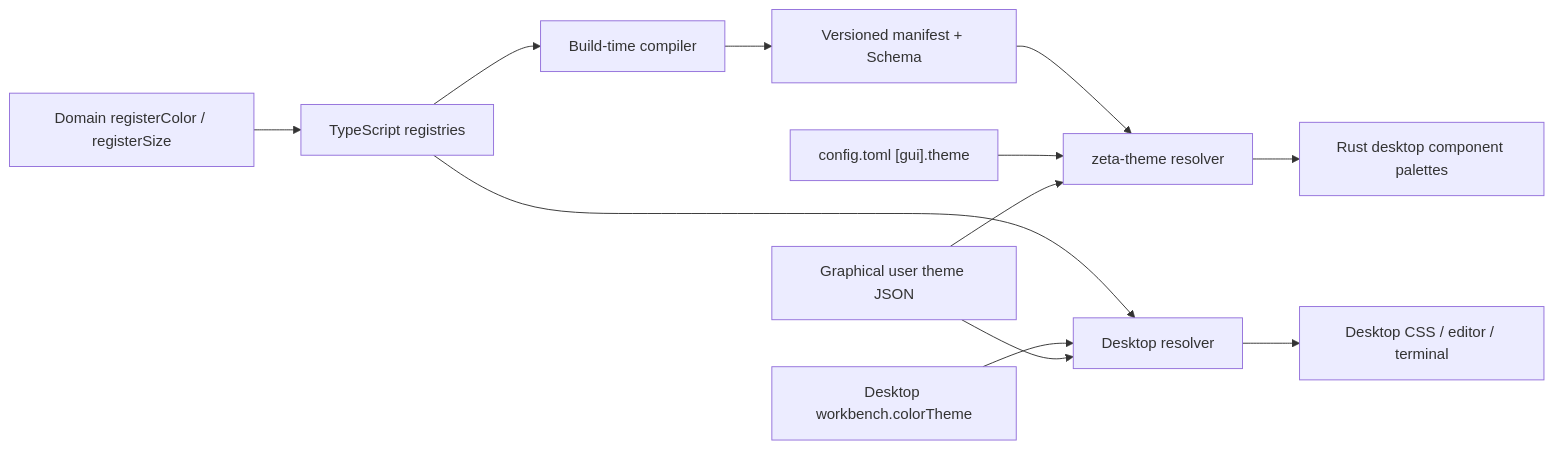
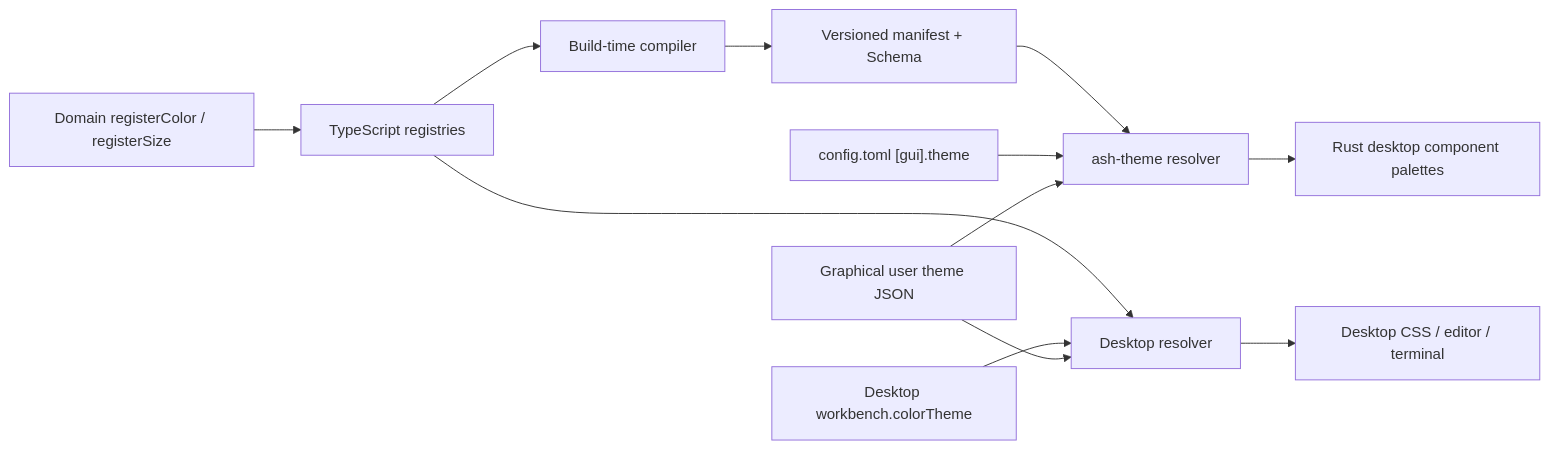
Before and after one commit to chogng/zeta: the diagram in docs/design-tokens.md, drawn with Mermaid. The commit also changed other lines of this file and 7718 other files, not shown here.

Commit message:
refactor: rename zeta to ash

````diff
--- a/docs/design-tokens.md
+++ b/docs/design-tokens.md
@@ -36,14 +36,14 @@
 ```mermaid
 flowchart LR
   A["Domain registerColor / registerSize"] --> B["TypeScript registries"]
   B --> C["Build-time compiler"]
   C --> D["Versioned manifest + Schema"]
   B --> E["Desktop resolver"]
-  D --> F["zeta-theme resolver"]
+  D --> F["ash-theme resolver"]
   G["Desktop workbench.colorTheme"] --> E
   M["config.toml [gui].theme"] --> F
   H["Graphical user theme JSON"] --> E
   H --> F
   E --> I["Desktop CSS / editor / terminal"]
   F --> J["Rust desktop component palettes"]
 ```
````
